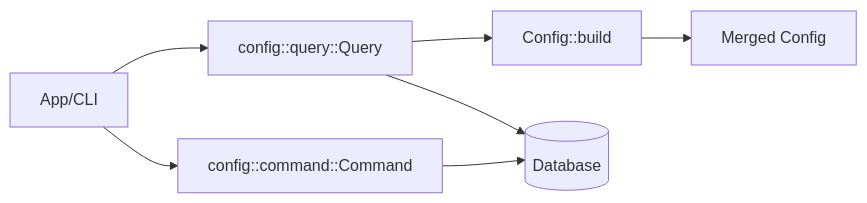
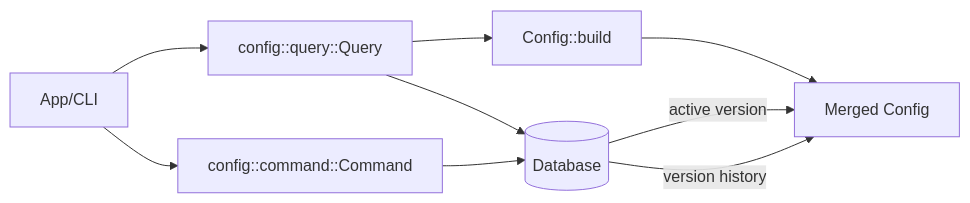
One commit to JackMatanky/lithos changed the first of 2 diagrams in docs/design/001-config-models.md. Above: the diagram before and after it, drawn with Mermaid. The commit also changed other lines of this file and 1 other file, not shown here.

````diff
--- a/docs/design/001-config-models.md
+++ b/docs/design/001-config-models.md
@@ -104,9 +136,12 @@
 ```mermaid
 flowchart LR
   Caller[App/CLI] --> Qry[config::query::Query]
   Caller --> Cmd[config::command::Command]
   Qry --> Agg[Config::build]
   Agg --> Merged[Merged Config]
   Cmd --> Store[(Database)]
   Qry --> Store
+
+  Store -->|active version| Merged
+  Store -->|version history| Merged
 ```
````
